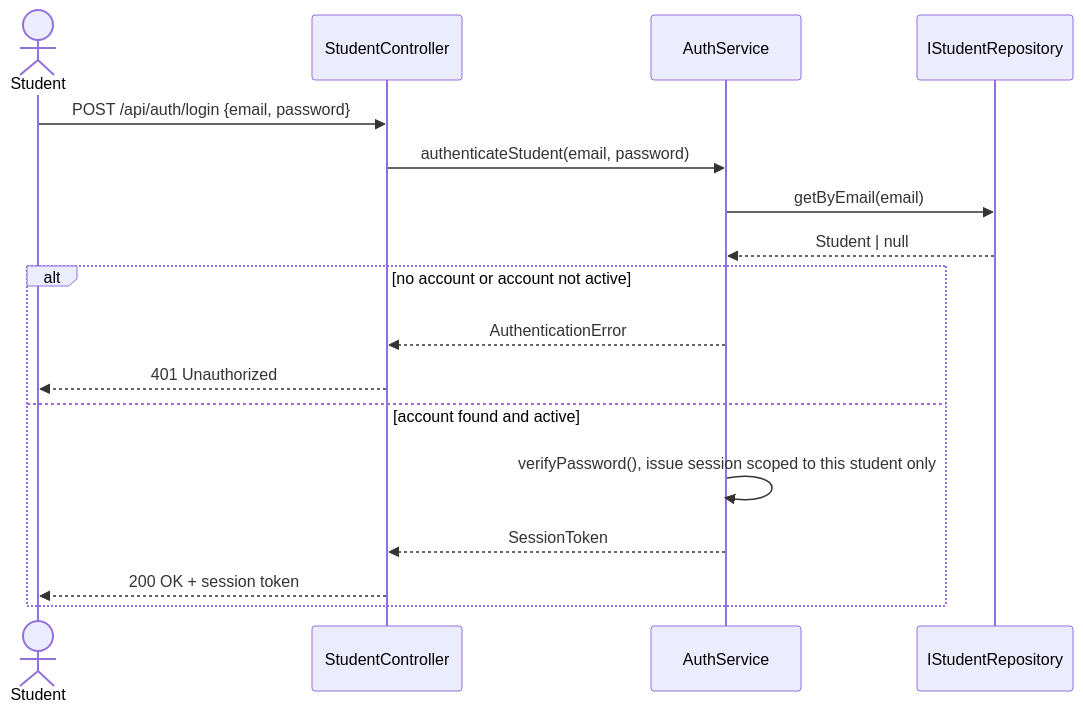
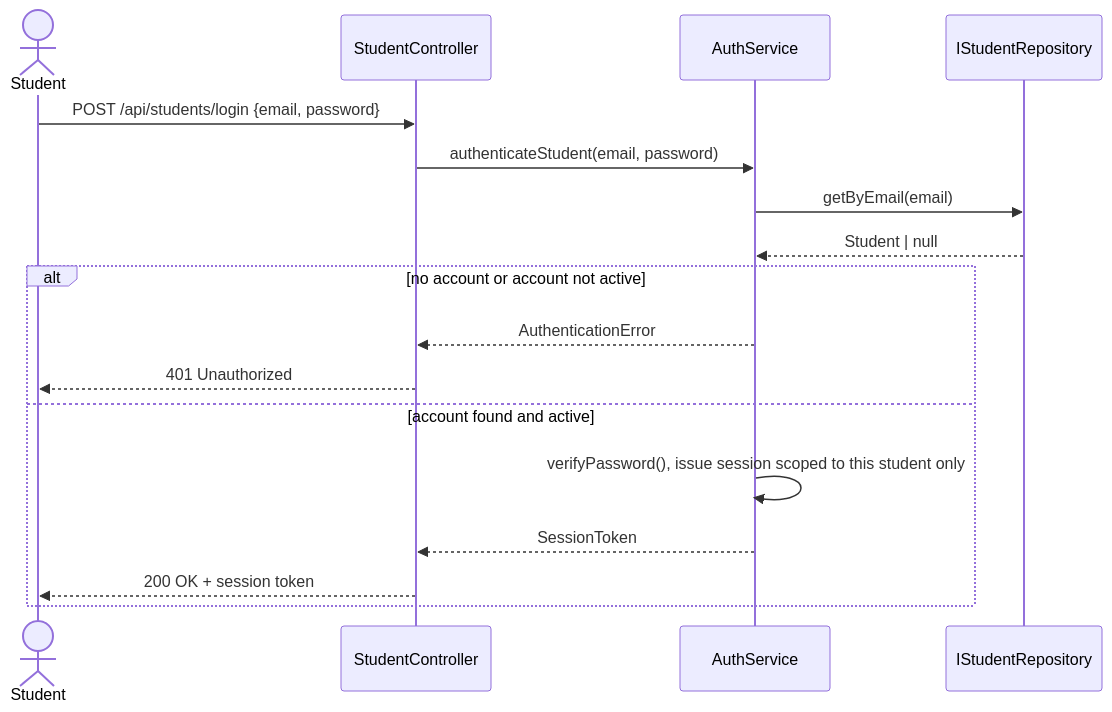
One commit to huypengin/UniDipVeri changed the second of 15 diagrams in docs/03-design/Sequence_Diagram.md. Above: the diagram before and after it, drawn with Mermaid. The commit also changed other lines of this file and 5 other files, not shown here.

First line of the commit message:
refactor(api): rename staff endpoints to plural and split login per role

````diff
--- a/docs/03-design/Sequence_Diagram.md
+++ b/docs/03-design/Sequence_Diagram.md
@@ -58,21 +58,21 @@
 ```mermaid
 sequenceDiagram
     actor Student
     participant SC as StudentController
     participant Auth as AuthService
     participant Repo as IStudentRepository
 
-    Student->>SC: POST /api/auth/login {email, password}
+    Student->>SC: POST /api/students/login {email, password}
     SC->>Auth: authenticateStudent(email, password)
     Auth->>Repo: getByEmail(email)
     Repo-->>Auth: Student | null
 
     alt no account or account not active
         Auth-->>SC: AuthenticationError
         SC-->>Student: 401 Unauthorized
     else account found and active
         Auth->>Auth: verifyPassword(), issue session scoped to this student only
         Auth-->>SC: SessionToken
         SC-->>Student: 200 OK + session token
     end
 ```
````
